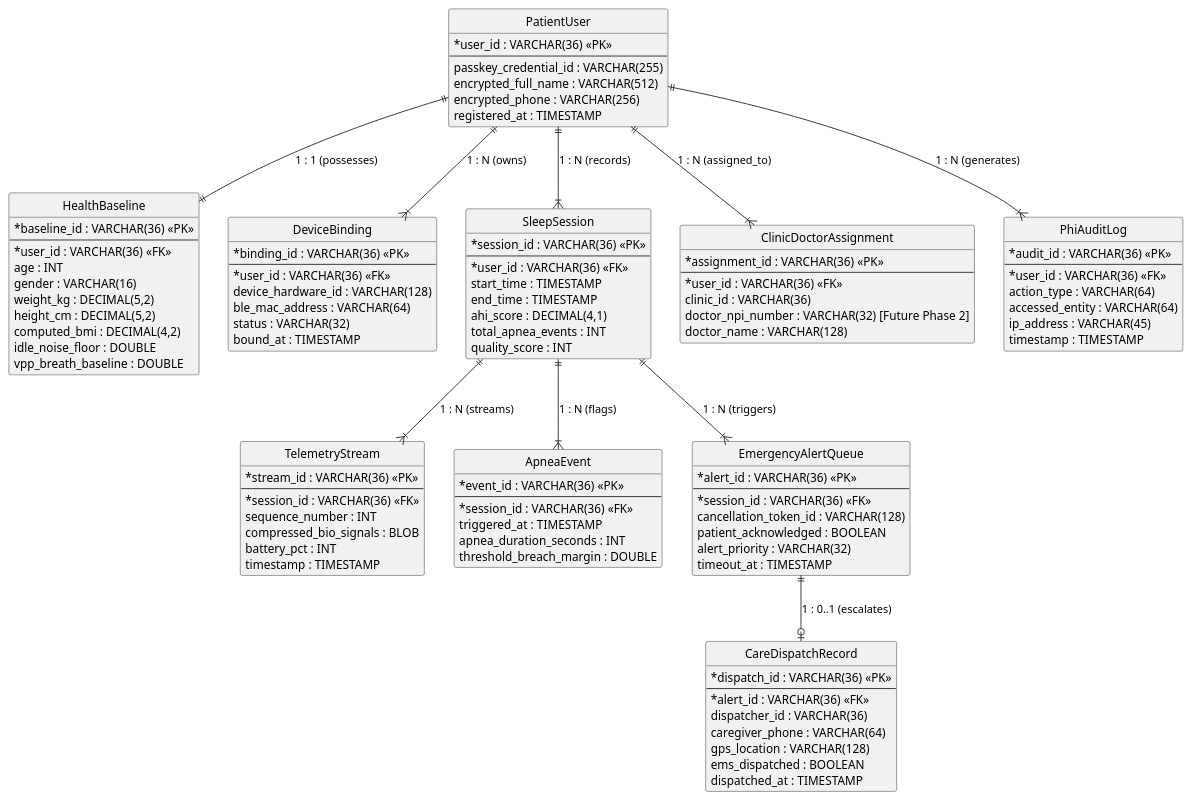
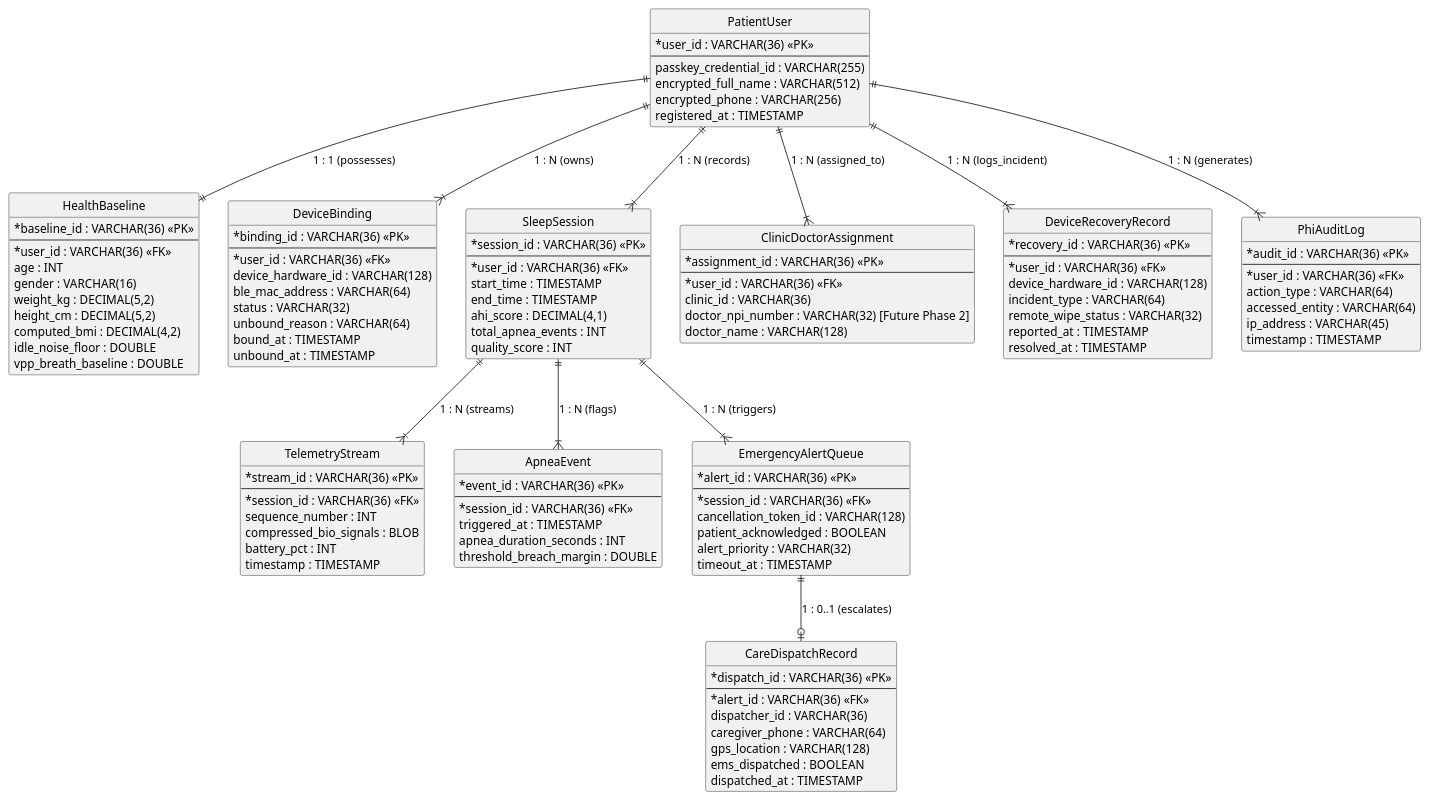
One commit to reidlai/masker-app changed the fifth of 15 diagrams in _bmad-output/architecture/ARCHITECTURE-SPINE.md. Above: the diagram before and after it, drawn with PlantUML. The commit also changed other lines of this file and 5 other files, not shown here.

First line of the commit message:
feat(arch): update enterprise architecture spine v18.0.0 and prd v2.1.0

```diff
--- a/_bmad-output/architecture/ARCHITECTURE-SPINE.md
+++ b/_bmad-output/architecture/ARCHITECTURE-SPINE.md
@@ -552,7 +603,9 @@
     device_hardware_id : VARCHAR(128)
     ble_mac_address : VARCHAR(64)
     status : VARCHAR(32)
+    unbound_reason : VARCHAR(64)
     bound_at : TIMESTAMP
+    unbound_at : TIMESTAMP
 }
 
 entity "SleepSession" as sleep_session {
@@ -615,6 +668,17 @@
     doctor_name : VARCHAR(128)
 }
 
+entity "DeviceRecoveryRecord" as recovery_record {
+    * recovery_id : VARCHAR(36) <<PK>>
+    --
+    * user_id : VARCHAR(36) <<FK>>
+    device_hardware_id : VARCHAR(128)
+    incident_type : VARCHAR(64)
+    remote_wipe_status : VARCHAR(32)
+    reported_at : TIMESTAMP
+    resolved_at : TIMESTAMP
+}
+
 entity "PhiAuditLog" as audit_log {
     * audit_id : VARCHAR(36) <<PK>>
     --
@@ -633,6 +697,7 @@
 sleep_session ||--|{ alert_queue : "1 : N (triggers)"
 alert_queue ||--o| dispatch_record : "1 : 0..1 (escalates)"
 patient_user ||--|{ doctor_assignment : "1 : N (assigned_to)"
+patient_user ||--|{ recovery_record : "1 : N (logs_incident)"
 patient_user ||--|{ audit_log : "1 : N (generates)"
 
 @enduml
```
